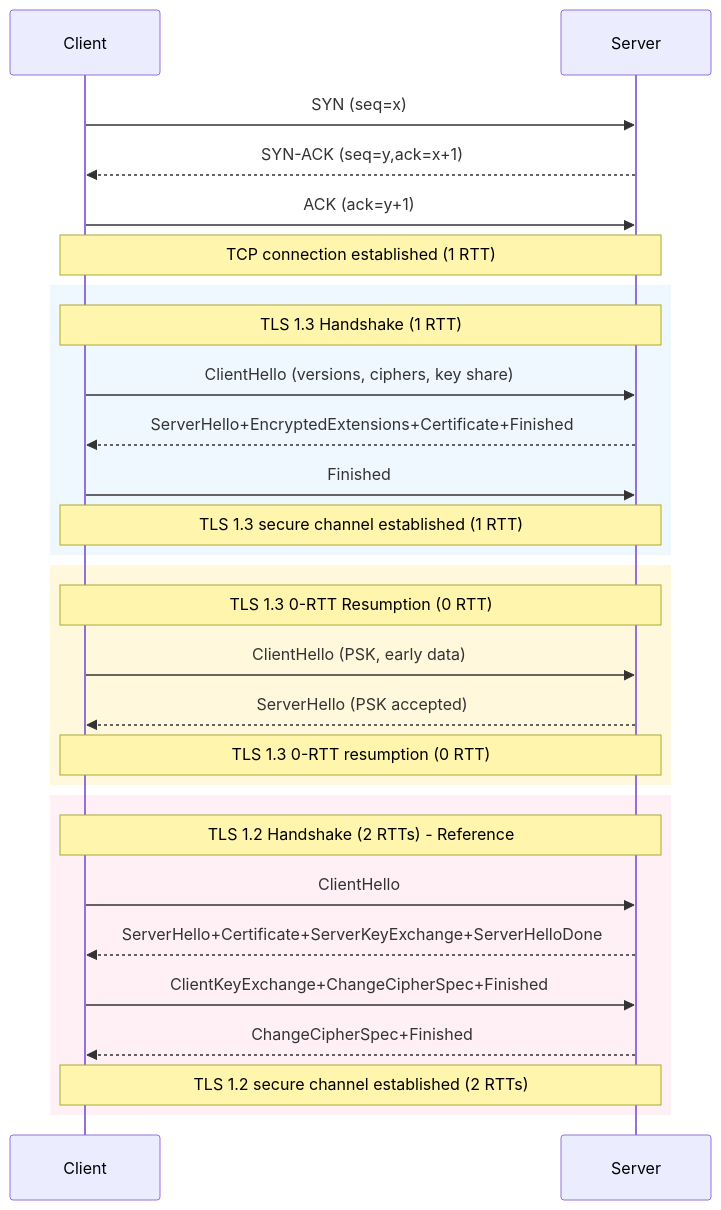
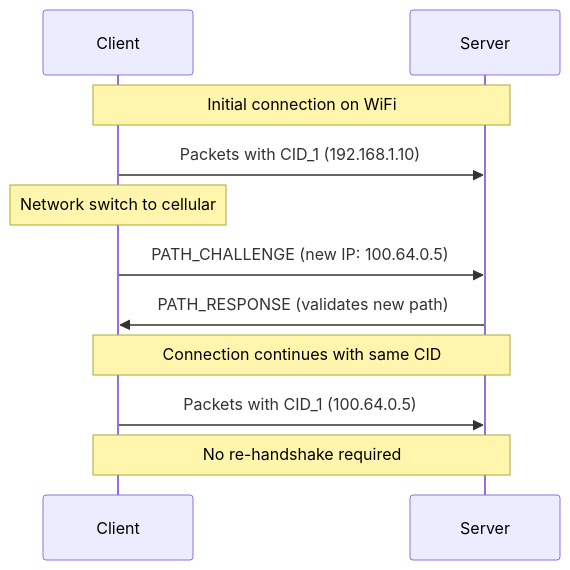
One commit to sujeet-pro/legacy-personal-site changed the third of 8 diagrams in v4/content/articles/web-foundations/networking-protocols/http3-quic-and-tls/README.md. Above: the diagram before and after it, drawn with Mermaid. The commit also changed other lines of this file and 115 other files, not shown here.

````diff
--- a/v4/content/articles/web-foundations/networking-protocols/http3-quic-and-tls/README.md
+++ b/v4/content/articles/web-foundations/networking-protocols/http3-quic-and-tls/README.md
@@ -70,35 +129,16 @@
 ```mermaid
 sequenceDiagram
     participant C as Client
     participant S as Server
 
-    %% TCP Three-Way Handshake %%
-    C->>S: SYN (seq=x)
-    S-->>C: SYN-ACK (seq=y,ack=x+1)
-    C->>S: ACK (ack=y+1)
-    Note over C,S: TCP connection established (1 RTT)
+    Note over C,S: Initial connection on WiFi
+    C->>S: Packets with CID_1 (192.168.1.10)
 
-    rect rgb(240, 248, 255)
-    Note over C,S: TLS 1.3 Handshake (1 RTT)
-    C->>S: ClientHello (versions, ciphers, key share)
-    S-->>C: ServerHello+EncryptedExtensions+Certificate+Finished
-    C->>S: Finished
-    Note over C,S: TLS 1.3 secure channel established (1 RTT)
-    end
+    Note over C: Network switch to cellular
+    C->>S: PATH_CHALLENGE (new IP: 100.64.0.5)
+    S->>C: PATH_RESPONSE (validates new path)
 
-    rect rgb(255, 248, 220)
-    Note over C,S: TLS 1.3 0-RTT Resumption (0 RTT)
-    C->>S: ClientHello (PSK, early data)
-    S-->>C: ServerHello (PSK accepted)
-    Note over C,S: TLS 1.3 0-RTT resumption (0 RTT)
-    end
-
-    rect rgb(255, 240, 245)
-    Note over C,S: TLS 1.2 Handshake (2 RTTs) - Reference
-    C->>S: ClientHello
-    S-->>C: ServerHello+Certificate+ServerKeyExchange+ServerHelloDone
-    C->>S: ClientKeyExchange+ChangeCipherSpec+Finished
-    S-->>C: ChangeCipherSpec+Finished
-    Note over C,S: TLS 1.2 secure channel established (2 RTTs)
-    end
+    Note over C,S: Connection continues with same CID
+    C->>S: Packets with CID_1 (100.64.0.5)
+    Note over C,S: No re-handshake required
 ```
````
